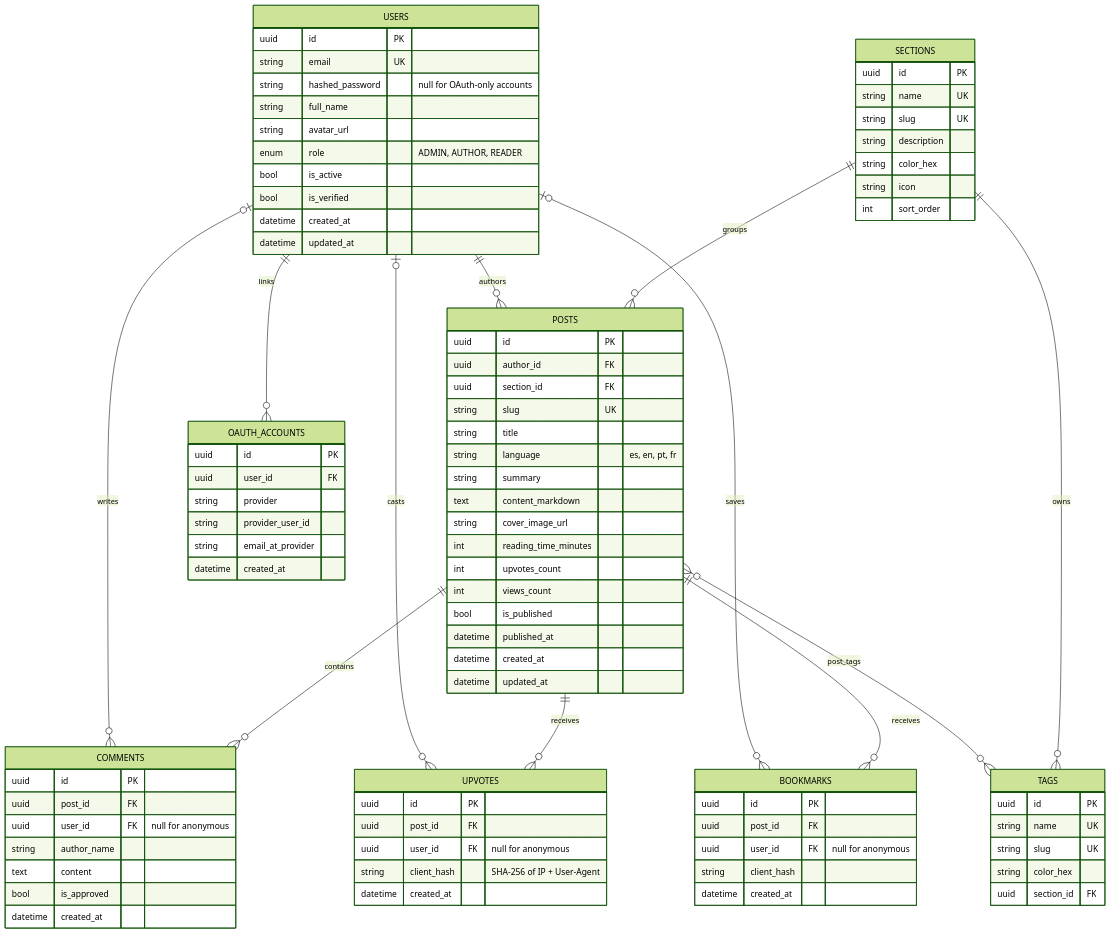
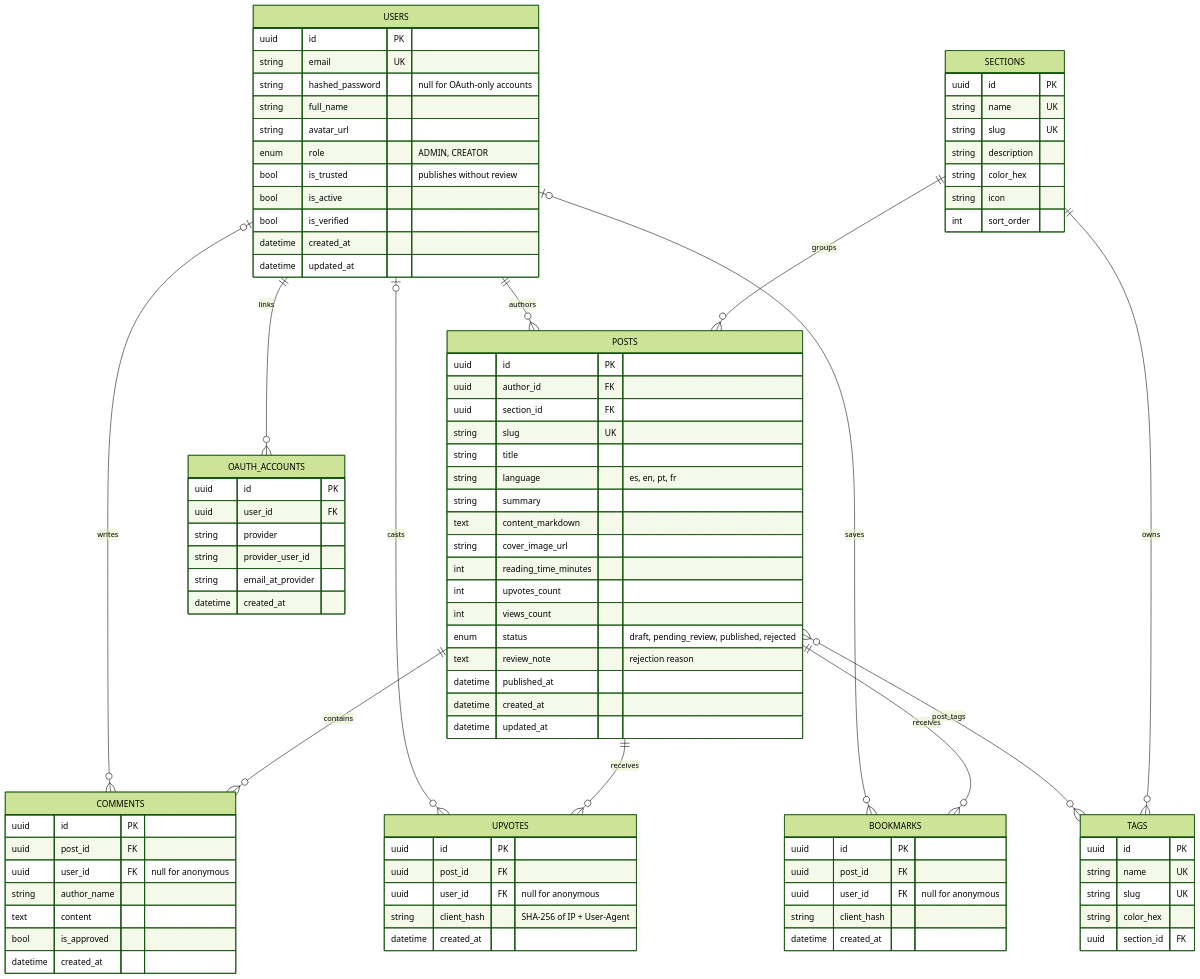
The second of 2 diagrams in docs/ARCHITECTURE_E2E.md (AnthoRuiz/DevBlog), drawn with Mermaid (forest theme) before and after one commit. The commit also changed other lines of this file and 2 other files, not shown here.

Commit message:
docs: document roles, review workflow and implementation plan v2

```diff
--- a/docs/ARCHITECTURE_E2E.md
+++ b/docs/ARCHITECTURE_E2E.md
@@ -169,7 +169,8 @@
         string hashed_password "null for OAuth-only accounts"
         string full_name
         string avatar_url
-        enum role "ADMIN, AUTHOR, READER"
+        enum role "ADMIN, CREATOR"
+        bool is_trusted "publishes without review"
         bool is_active
         bool is_verified
         datetime created_at
@@ -208,7 +209,8 @@
         int reading_time_minutes
         int upvotes_count
         int views_count
-        bool is_published
+        enum status "draft, pending_review, published, rejected"
+        text review_note "rejection reason"
         datetime published_at
         datetime created_at
         datetime updated_at
```
